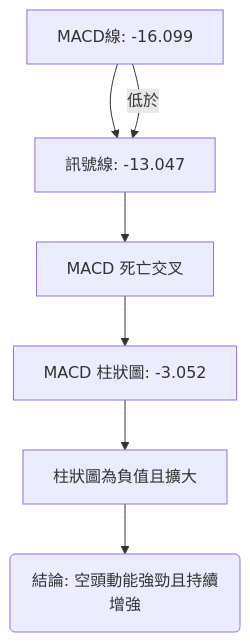
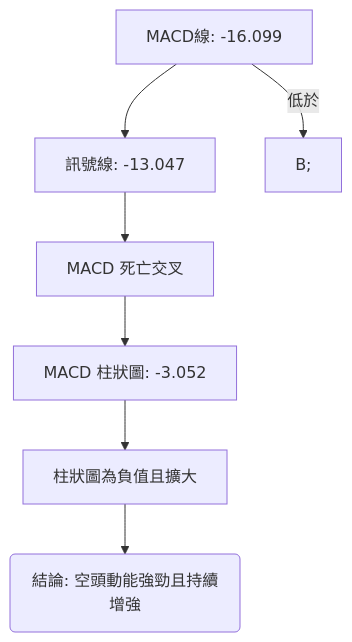
Before and after one commit to yennanliu/finance_data: the seventh of 8 diagrams in ai_gen_report/stock/meta/technical_analysis_2026-06-27_gemini.md, drawn with Mermaid. The commit also changed other lines of this file and 2171 other files, not shown here.

First line of the commit message:
chore: re-run corrected Mermaid backfill across reports

````diff
--- a/ai_gen_report/stock/meta/technical_analysis_2026-06-27_gemini.md
+++ b/ai_gen_report/stock/meta/technical_analysis_2026-06-27_gemini.md
@@ -424,9 +424,9 @@
 ```mermaid
 graph TD
-    A[MACD線: -16.099] --> B[訊號線: -13.047];
-    A -- 低於 --> B;
-    B --> C[MACD 死亡交叉];
-    C --> D[MACD 柱狀圖: -3.052];
-    D --> E[柱狀圖為負值且擴大];
-    E --> F(結論: 空頭動能強勁且持續增強);
+    A["MACD線: -16.099"] --> B["訊號線: -13.047"];
+    A -- 低於 --> nb1["B;"]
+    B --> C["MACD 死亡交叉"];
+    C --> D["MACD 柱狀圖: -3.052"];
+    D --> E["柱狀圖為負值且擴大"];
+    E --> F("結論: 空頭動能強勁且持續增強");
 ```
````
